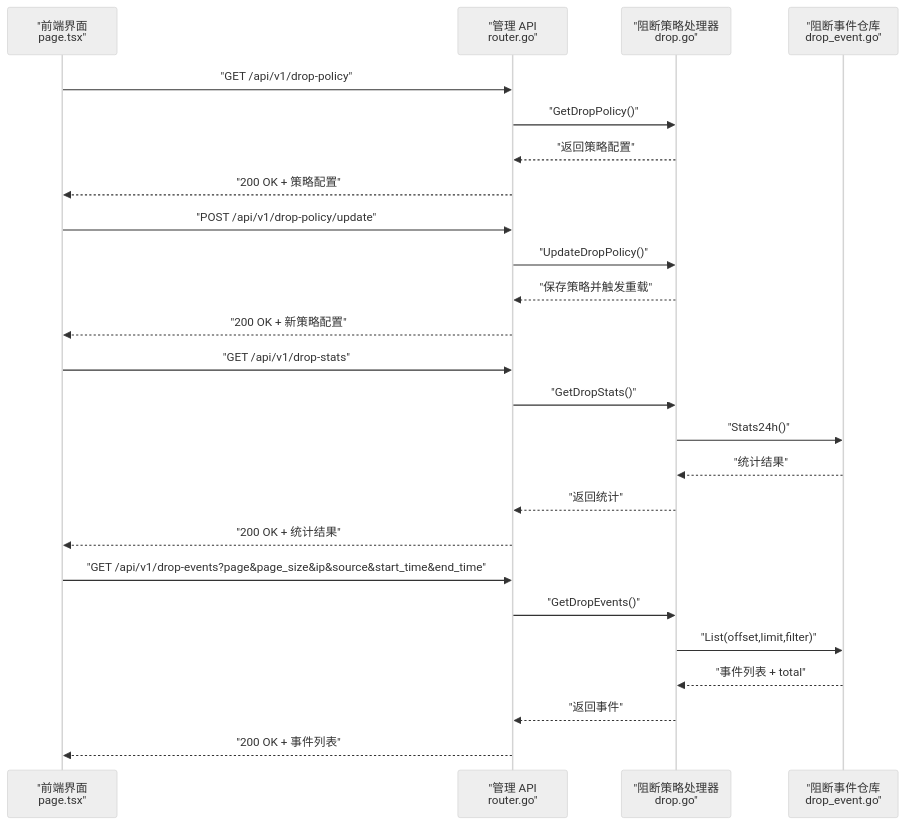
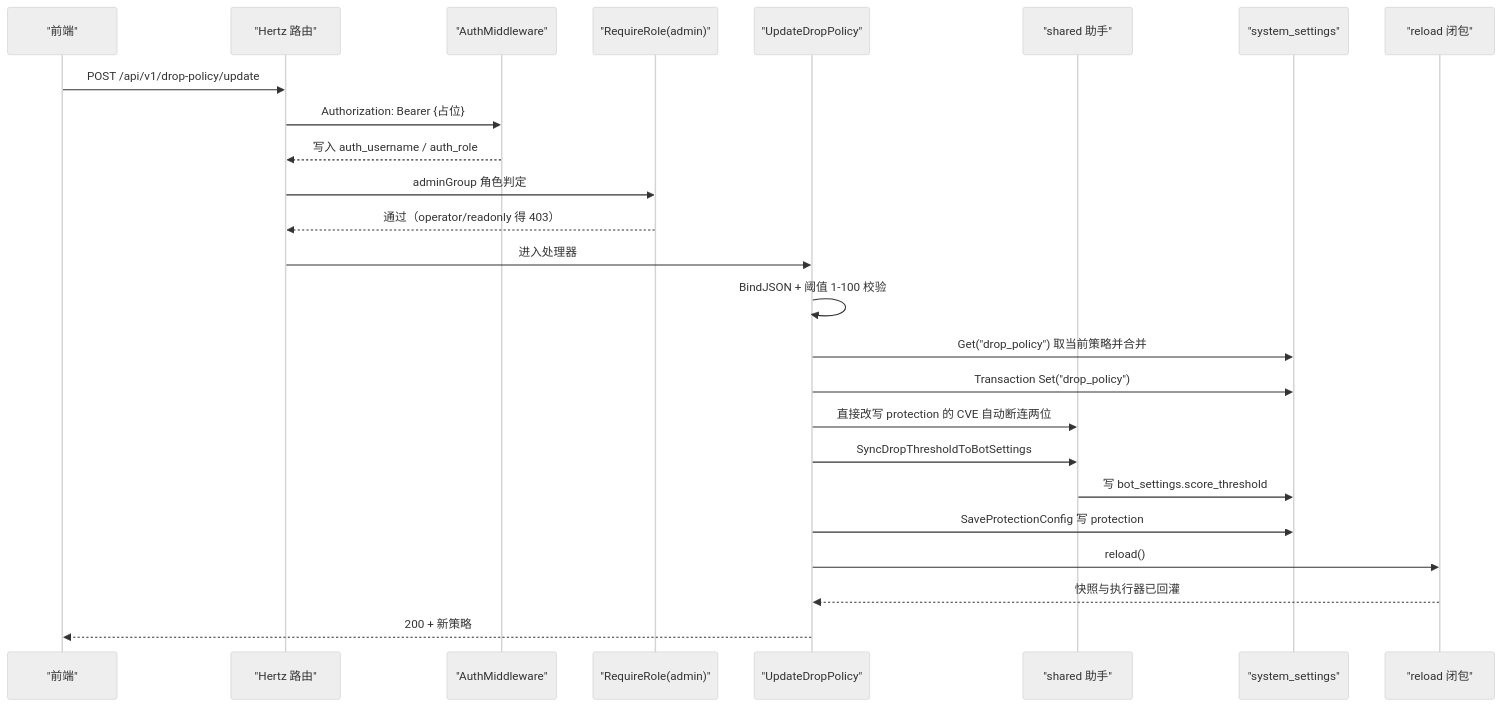
Before and after one commit to x01n/My-OpenWaf: the third of 7 diagrams in docs/管理 API 系统/阻断策略 API.md, drawn with Mermaid (neutral theme). The commit also changed other lines of this file and 622 other files, not shown here.

````diff
--- a/docs/管理 API 系统/阻断策略 API.md
+++ b/docs/管理 API 系统/阻断策略 API.md
@@ -84,27 +185,27 @@
 ```mermaid
 sequenceDiagram
-participant FE as "前端界面<br/>page.tsx"
-participant API as "管理 API<br/>router.go"
-participant H as "阻断策略处理器<br/>drop.go"
-participant REPO as "阻断事件仓库<br/>drop_event.go"
-FE->>API : "GET /api/v1/drop-policy"
-API->>H : "GetDropPolicy()"
-H-->>API : "返回策略配置"
-API-->>FE : "200 OK + 策略配置"
-FE->>API : "POST /api/v1/drop-policy/update"
-API->>H : "UpdateDropPolicy()"
-H-->>API : "保存策略并触发重载"
-API-->>FE : "200 OK + 新策略配置"
-FE->>API : "GET /api/v1/drop-stats"
-API->>H : "GetDropStats()"
-H->>REPO : "Stats24h()"
-REPO-->>H : "统计结果"
-H-->>API : "返回统计"
-API-->>FE : "200 OK + 统计结果"
-FE->>API : "GET /api/v1/drop-events?page&page_size&ip&source&start_time&end_time"
-API->>H : "GetDropEvents()"
-H->>REPO : "List(offset,limit,filter)"
-REPO-->>H : "事件列表 + total"
-H-->>API : "返回事件"
-API-->>FE : "200 OK + 事件列表"
+participant FE as "前端"
+participant API as "Hertz 路由"
+participant Auth as "AuthMiddleware"
+participant Role as "RequireRole(admin)"
+participant H as "UpdateDropPolicy"
+participant SH as "shared 助手"
+participant DB as "system_settings"
+participant RL as "reload 闭包"
+FE->>API : POST /api/v1/drop-policy/update
+API->>Auth : Authorization: Bearer {占位}
+Auth-->>API : 写入 auth_username / auth_role
+API->>Role : adminGroup 角色判定
+Role-->>API : 通过（operator/readonly 得 403）
+API->>H : 进入处理器
+H->>H : BindJSON + 阈值 1-100 校验
+H->>DB : Get("drop_policy") 取当前策略并合并
+H->>DB : Transaction Set("drop_policy")
+H->>SH : 直接改写 protection 的 CVE 自动断连两位
+H->>SH : SyncDropThresholdToBotSettings
+SH->>DB : 写 bot_settings.score_threshold
+H->>DB : SaveProtectionConfig 写 protection
+H->>RL : reload()
+RL-->>H : 快照与执行器已回灌
+H-->>FE : 200 + 新策略
 ```
````
